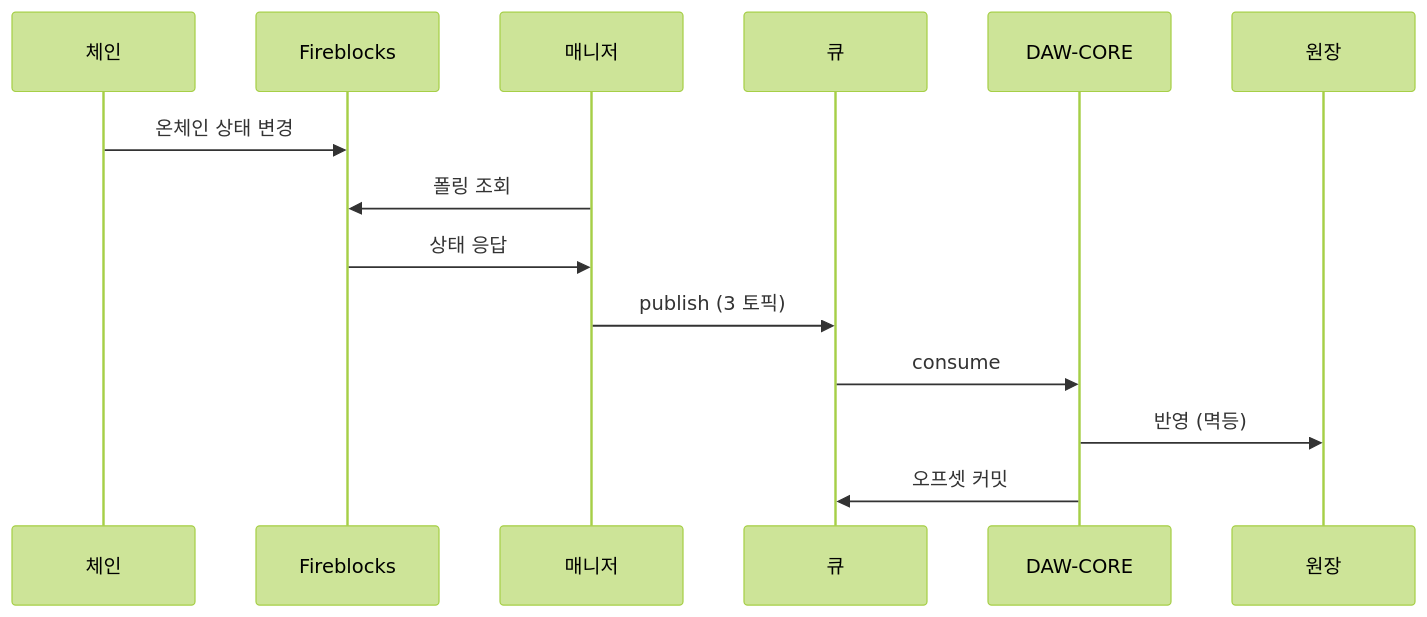
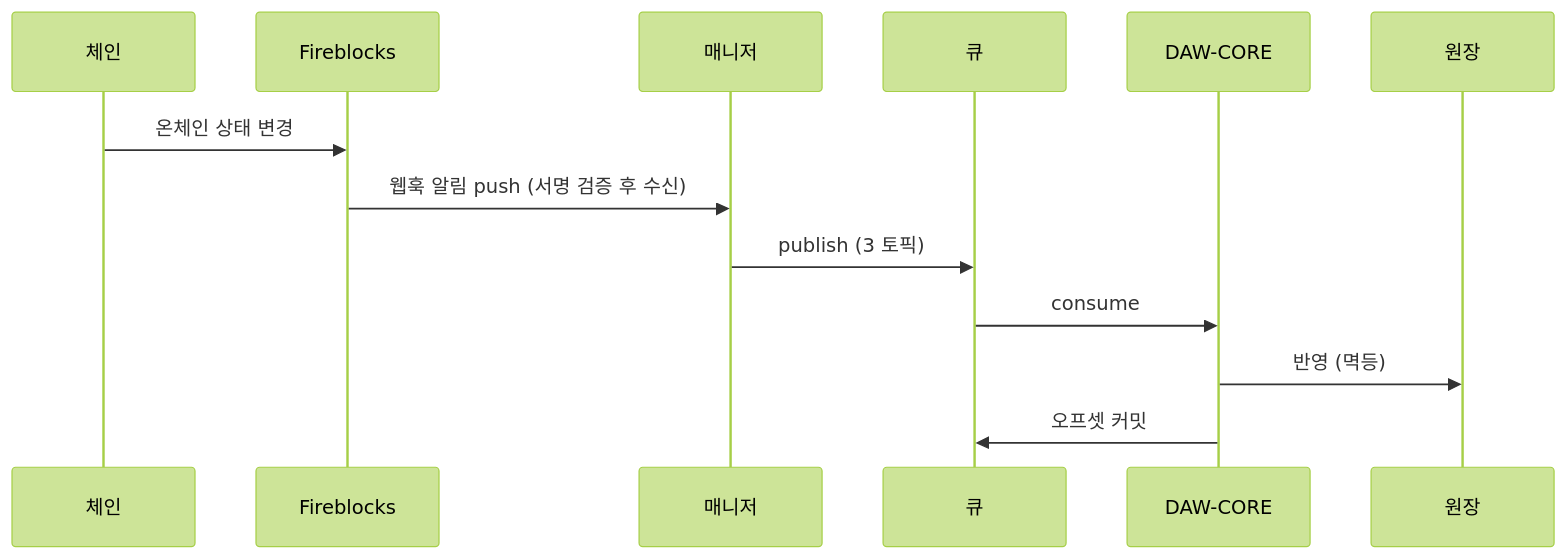
The diagram in blockchain-manager/bcm-api-docs/api.md (eunsujeo/eunpus), drawn with Mermaid (forest theme) before and after one commit. The commit also changed other lines of this file and 31 other files, not shown here.

````diff
--- a/blockchain-manager/bcm-api-docs/api.md
+++ b/blockchain-manager/bcm-api-docs/api.md
@@ -100,10 +100,9 @@
 ```mermaid
 sequenceDiagram
     체인->>Fireblocks: 온체인 상태 변경
-    매니저->>Fireblocks: 폴링 조회
-    Fireblocks->>매니저: 상태 응답
+    Fireblocks->>매니저: 웹훅 알림 push (서명 검증 후 수신)
     매니저->>큐: publish (3 토픽)
     큐->>DAW-CORE: consume
     DAW-CORE->>원장: 반영 (멱등)
     DAW-CORE->>큐: 오프셋 커밋
 ```
````
